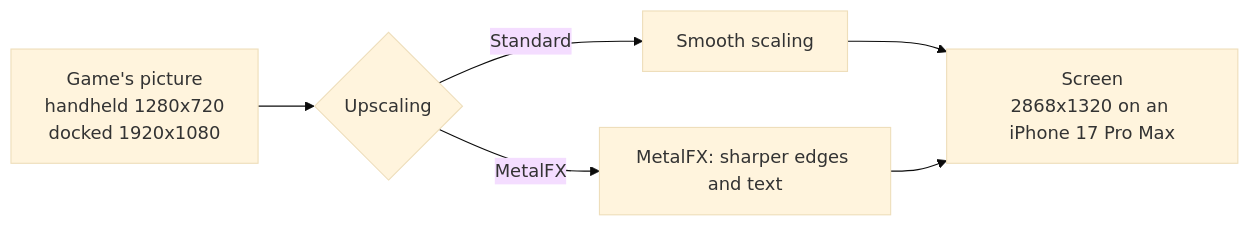
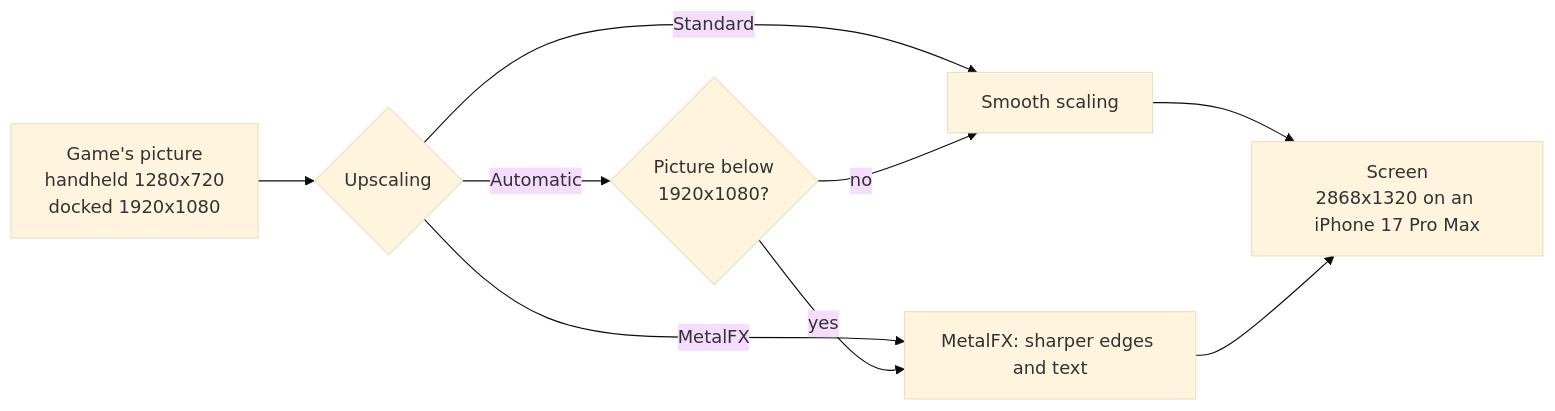
One commit to kencalx/NX18 changed the first of 6 diagrams in docs/settings.md. Above: the diagram before and after it, drawn with Mermaid (base theme). The commit also changed other lines of this file and 8 other files, not shown here.

````diff
--- a/docs/settings.md
+++ b/docs/settings.md
@@ -42,8 +42,11 @@
 ```mermaid
 flowchart LR
     G["Game's picture<br/>handheld 1280x720<br/>docked 1920x1080"] --> S{Upscaling}
     S -->|Standard| B["Smooth scaling"]
     S -->|MetalFX| M["MetalFX: sharper edges and text"]
+    S -->|Automatic| A{"Picture below<br/>1920x1080?"}
+    A -->|yes| M
+    A -->|no| B
     B --> D["Screen<br/>2868x1320 on an iPhone 17 Pro Max"]
     M --> D
 ```
````
